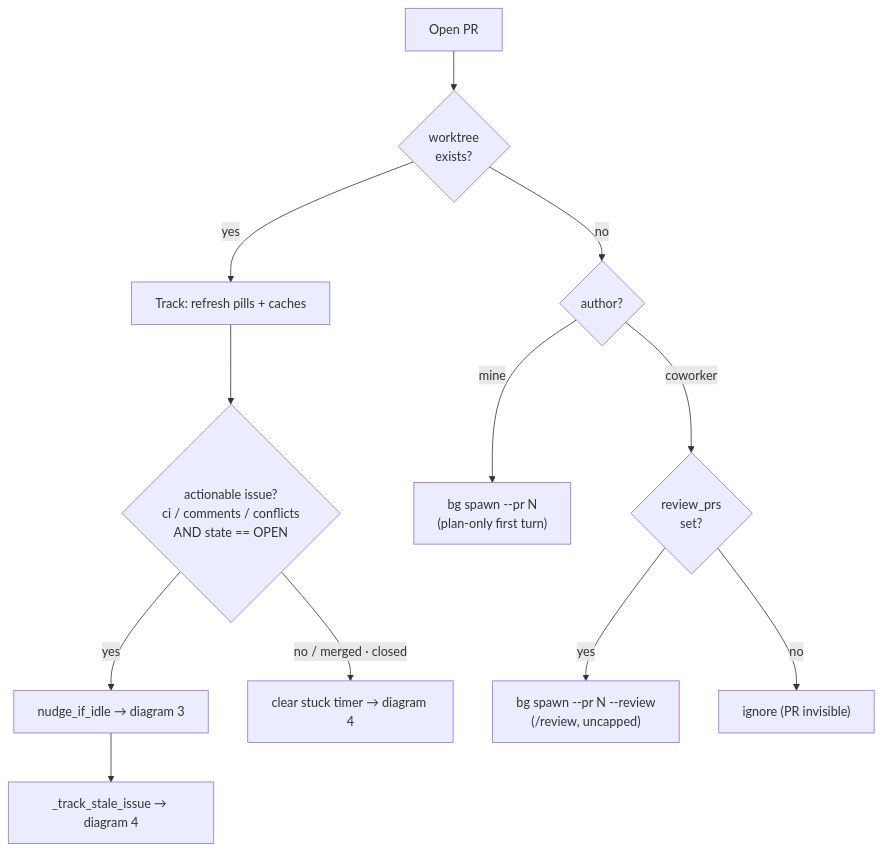
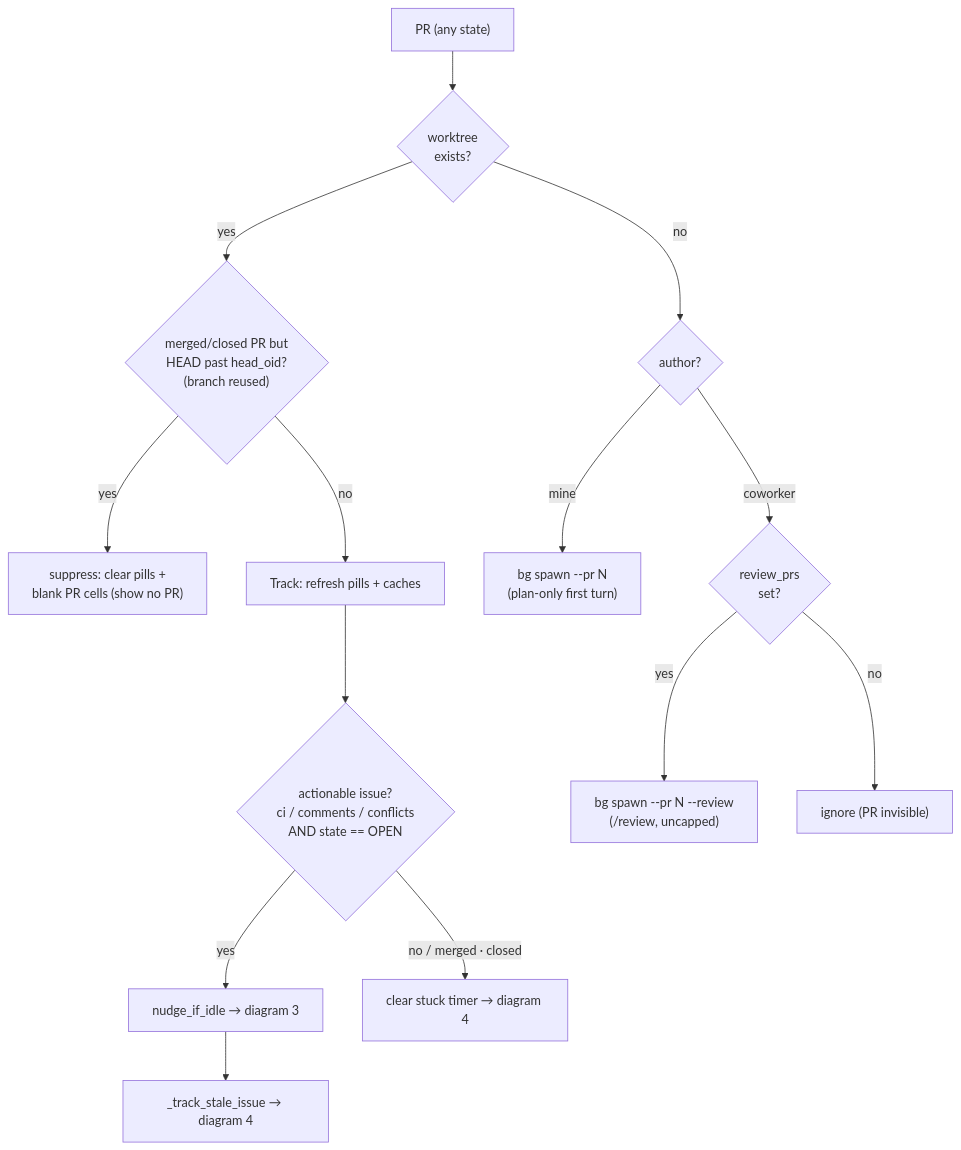
The second of 6 diagrams in docs/state-machine.md (khivi/cockpit), drawn with Mermaid before and after one commit. The commit also changed other lines of this file and 8 other files, not shown here.

First line of the commit message:
fix(card): suppress merged PR after its branch is reused for new work (#159)

````diff
--- a/docs/state-machine.md
+++ b/docs/state-machine.md
@@ -88,16 +88,18 @@
 ```mermaid
 flowchart TD
-  P["Open PR"] --> WT{"worktree<br/>exists?"}
+  P["PR (any state)"] --> WT{"worktree<br/>exists?"}
 
-  WT -->|yes| TRACK["Track: refresh pills + caches"]
+  WT -->|yes| REUSE{"merged/closed PR but<br/>HEAD past head_oid?<br/>(branch reused)"}
+  REUSE -->|yes| SUP["suppress: clear pills +<br/>blank PR cells (show no PR)"]
+  REUSE -->|no| TRACK["Track: refresh pills + caches"]
   TRACK --> ACT{"actionable issue?<br/>ci / comments / conflicts<br/>AND state == OPEN"}
   ACT -->|yes| NUDGE["nudge_if_idle → diagram 3"]
   ACT -->|"no / merged · closed"| CLR["clear stuck timer → diagram 4"]
   NUDGE --> ST["_track_stale_issue → diagram 4"]
 
   WT -->|no| WHO{"author?"}
   WHO -->|mine| SP["bg spawn --pr N<br/>(plan-only first turn)"]
   WHO -->|coworker| RV{"review_prs<br/>set?"}
   RV -->|yes| SPR["bg spawn --pr N --review<br/>(/review, uncapped)"]
   RV -->|no| IG["ignore (PR invisible)"]
 ```
````
